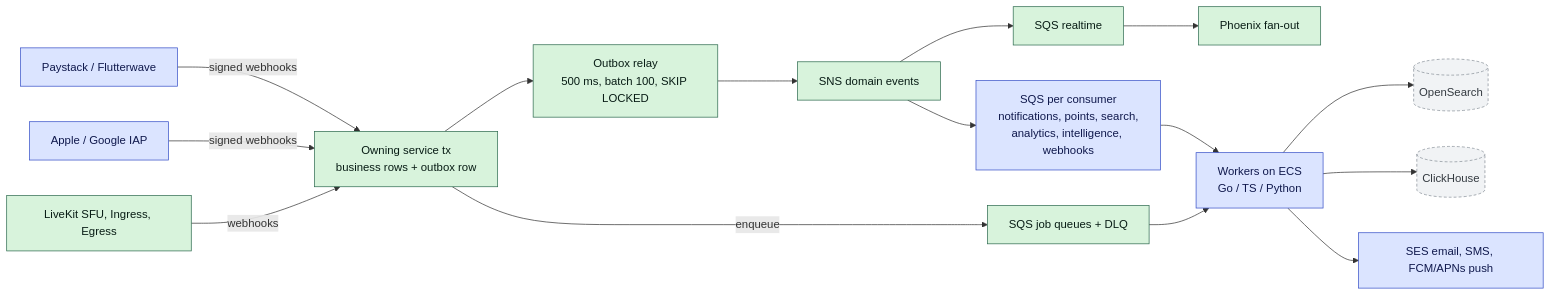
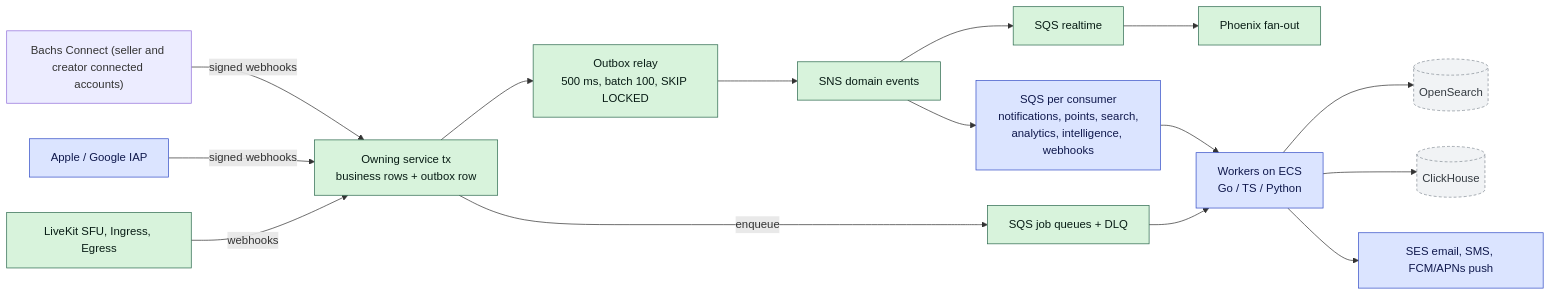
The fourth of 4 diagrams in docs/architecture/system.md (telente-technologies/nantty), drawn with Mermaid before and after one commit. The commit also changed 5 other files, not shown here.

Commit message:
docs(docs): update architecture docs

````diff
--- a/docs/architecture/system.md
+++ b/docs/architecture/system.md
@@ -136,30 +136,30 @@
 ```mermaid
 flowchart LR
   classDef existing fill:#d8f3dc,stroke:#2d6a4f,color:#081c15
   classDef proposed fill:#dbe4ff,stroke:#364fc7,color:#10194d
   classDef future fill:#f1f3f5,stroke:#868e96,color:#343a40,stroke-dasharray: 4 3
 
   svc["Owning service tx<br/>business rows + outbox row"]:::existing
   relay["Outbox relay<br/>500 ms, batch 100, SKIP LOCKED"]:::existing
   sns["SNS domain events"]:::existing
   qRt["SQS realtime"]:::existing
   qOwn["SQS per consumer<br/>notifications, points, search,<br/>analytics, intelligence, webhooks"]:::proposed
   jobs["SQS job queues + DLQ"]:::existing
   workers["Workers on ECS<br/>Go / TS / Python"]:::proposed
   rt["Phoenix fan-out"]:::existing
   os[("OpenSearch")]:::future
   ch[("ClickHouse")]:::future
-  paystack["Paystack / Flutterwave"]:::proposed
+  bachs["Bachs Connect (seller and creator connected accounts)"]
   iap["Apple / Google IAP"]:::proposed
   livekit["LiveKit SFU, Ingress, Egress"]:::existing
   comms["SES email, SMS, FCM/APNs push"]:::proposed
 
   svc --> relay --> sns
   sns --> qRt --> rt
   sns --> qOwn --> workers
   svc -- "enqueue" --> jobs --> workers
   workers --> os & ch
   workers --> comms
-  paystack & iap -- "signed webhooks" --> svc
+  bachs & iap -- "signed webhooks" --> svc
   livekit -- "webhooks" --> svc
 ```
````
